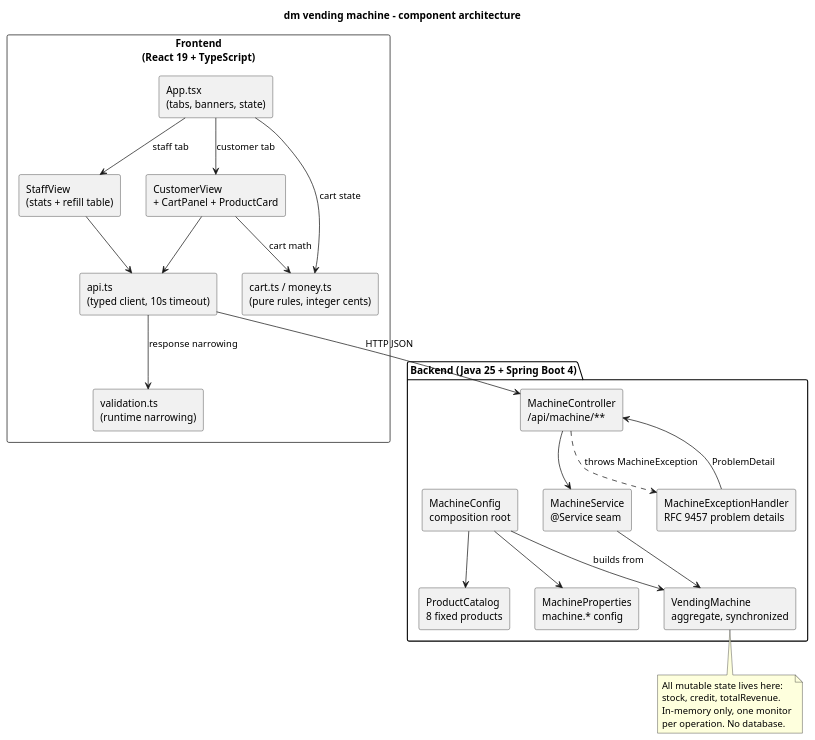
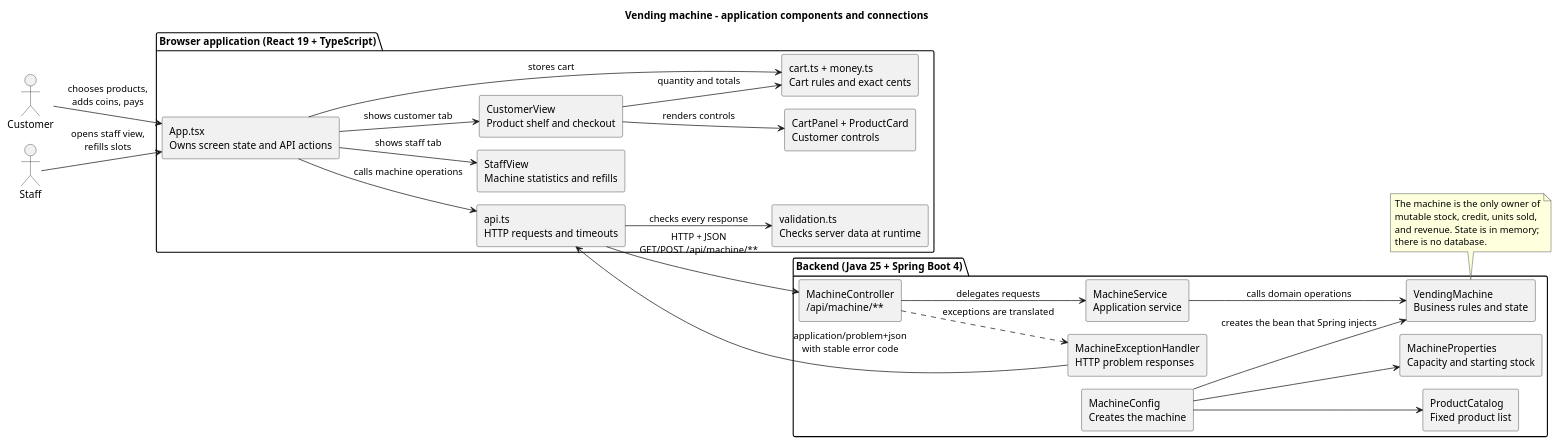
The diagram in docs/architecture.puml (mstaszew-dev/vending-machine), drawn with PlantUML before and after one commit. The commit also changed 21 other files, not shown here.

Commit message:
test+docs: expand test coverage, add PlantUML diagrams and CI coverage step

```diff
--- a/docs/architecture.puml
+++ b/docs/architecture.puml
@@ -1,49 +1,56 @@
 @startuml architecture
-title dm vending machine - component architecture
+!pragma layout smetana
+title Vending machine - application components and connections
 
+left to right direction
 skinparam componentStyle rectangle
 
-component "Frontend\n(React 19 + TypeScript)" as frontend {
-  component "App.tsx\n(tabs, banners, state)" as app
-  component "CustomerView\n+ CartPanel + ProductCard" as customer
-  component "StaffView\n(stats + refill table)" as staff
-  component "api.ts\n(typed client, 10s timeout)" as apiClient
-  component "validation.ts\n(runtime narrowing)" as validation
-  component "cart.ts / money.ts\n(pure rules, integer cents)" as pure
+actor Customer
+actor Staff
+
+package "Browser application (React 19 + TypeScript)" {
+  component "App.tsx\nOwns screen state and API actions" as app
+  component "CustomerView\nProduct shelf and checkout" as customer
+  component "StaffView\nMachine statistics and refills" as staff
+  component "CartPanel + ProductCard\nCustomer controls" as customerParts
+  component "api.ts\nHTTP requests and timeouts" as api
+  component "validation.ts\nChecks server data at runtime" as validation
+  component "cart.ts + money.ts\nCart rules and exact cents" as cartRules
 }
 
 package "Backend (Java 25 + Spring Boot 4)" {
   component "MachineController\n/api/machine/**" as controller
-  component "MachineExceptionHandler\nRFC 9457 problem details" as handler
-  component "MachineService\n@Service seam" as service
-  component "VendingMachine\naggregate, synchronized" as machine
-  component "MachineConfig\ncomposition root" as config
-  component "ProductCatalog\n8 fixed products" as catalog
-  component "MachineProperties\nmachine.* config" as props
+  component "MachineExceptionHandler\nHTTP problem responses" as handler
+  component "MachineService\nApplication service" as service
+  component "VendingMachine\nBusiness rules and state" as machine
+  component "MachineConfig\nCreates the machine" as config
+  component "ProductCatalog\nFixed product list" as catalog
+  component "MachineProperties\nCapacity and starting stock" as properties
 }
 
-app --> customer : customer tab
-app --> staff : staff tab
-customer --> apiClient
-staff --> apiClient
-apiClient --> validation : response narrowing
-customer --> pure : cart math
-app --> pure : cart state
+Customer --> app : chooses products,\nadds coins, pays
+Staff --> app : opens staff view,\nrefills slots
+app --> customer : shows customer tab
+app --> staff : shows staff tab
+customer --> customerParts : renders controls
+customer --> cartRules : quantity and totals
+app --> cartRules : stores cart
+app --> api : calls machine operations
+api --> validation : checks every response
+api --> controller : HTTP + JSON\nGET/POST /api/machine/**
 
-apiClient --> controller : HTTP JSON
-
-controller --> service
-service --> machine
-controller ..> handler : throws MachineException
-handler --> controller : ProblemDetail
-config --> machine : builds from
+controller --> service : delegates requests
+service --> machine : calls domain operations
+controller ..> handler : exceptions are translated
+handler --> api : application/problem+json\nwith stable error code
+config --> machine : creates the bean that Spring injects
 config --> catalog
-config --> props
+config --> properties
 
 note bottom of machine
-  All mutable state lives here:
-  stock, credit, totalRevenue.
-  In-memory only, one monitor
-  per operation. No database.
+  The machine is the only owner of
+  mutable stock, credit, units sold,
+  and revenue. State is in memory;
+  there is no database.
 end note
 @enduml
```
